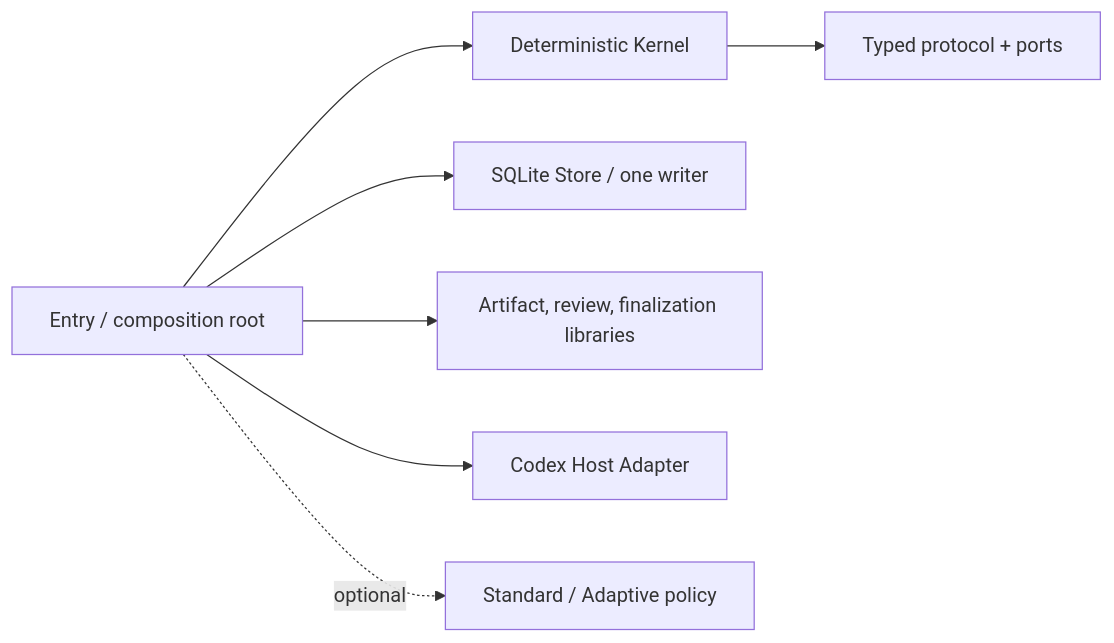
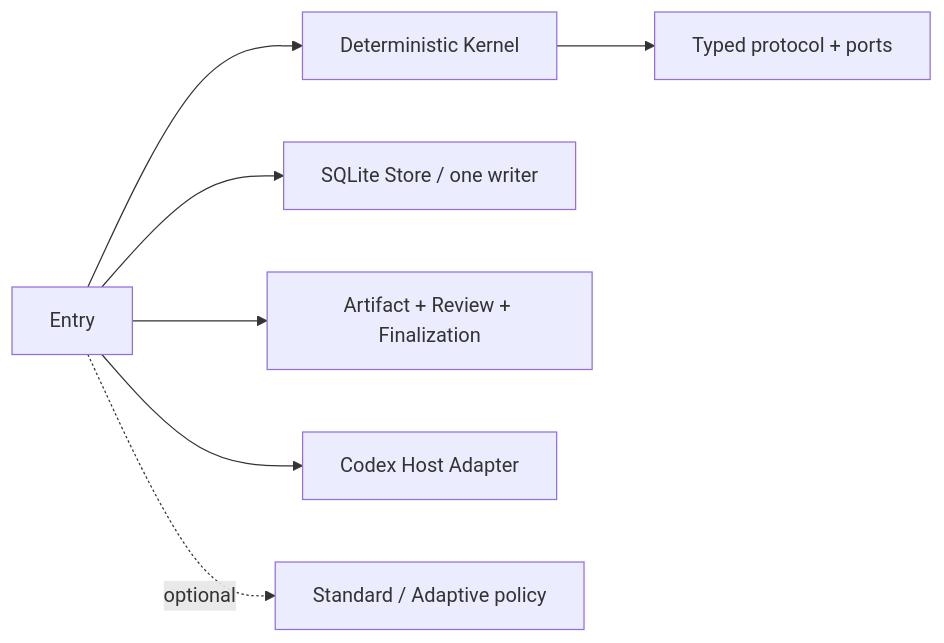
Before and after one commit to amanayayatu-tech/loop-skill: the second of 2 diagrams in README.en.md, drawn with Mermaid. The commit also changed other lines of this file and 12 other files, not shown here.

````diff
--- a/README.en.md
+++ b/README.en.md
@@ -118,9 +170,9 @@
 ```mermaid
 flowchart LR
-    E["Entry / composition root"] --> K["Deterministic Kernel"]
+    E["Entry"] --> K["Deterministic Kernel"]
     K --> P["Typed protocol + ports"]
     E --> S["SQLite Store / one writer"]
-    E --> A["Artifact, review, finalization libraries"]
+    E --> A["Artifact + Review + Finalization"]
     E --> H["Codex Host Adapter"]
     E -. optional .-> O["Standard / Adaptive policy"]
 ```
````
